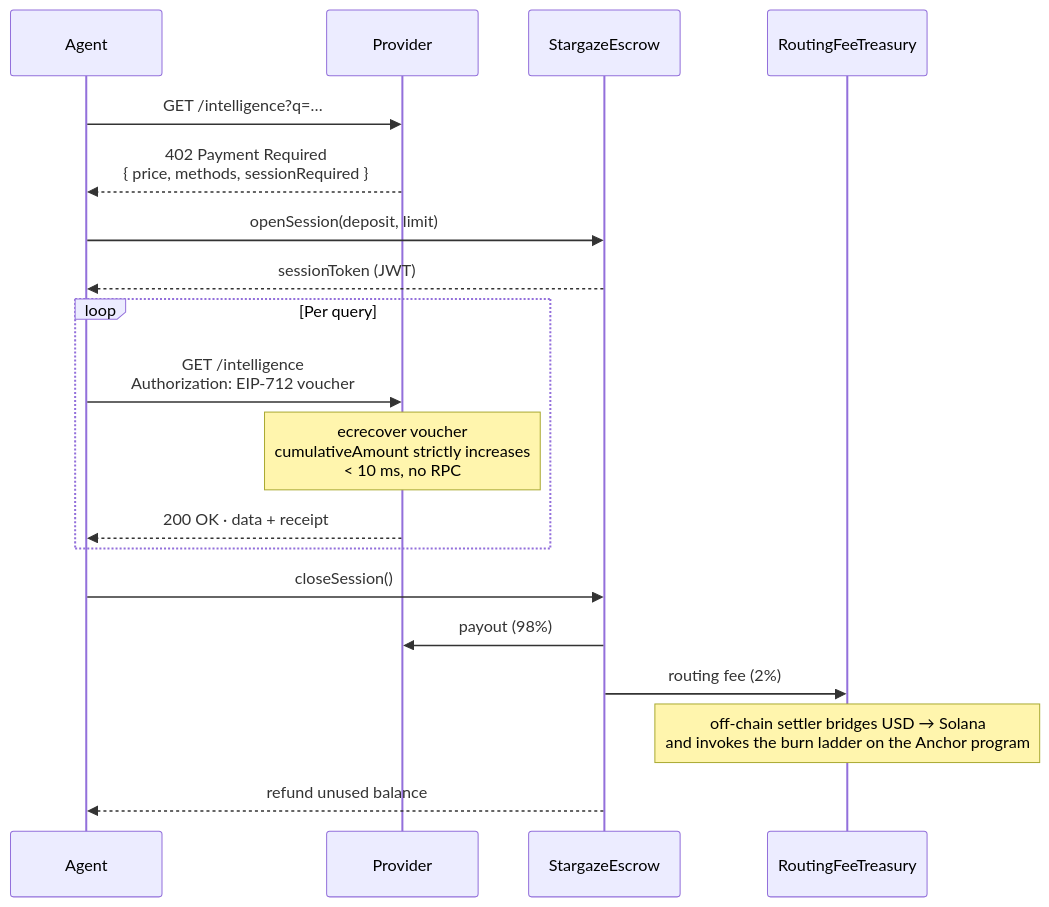
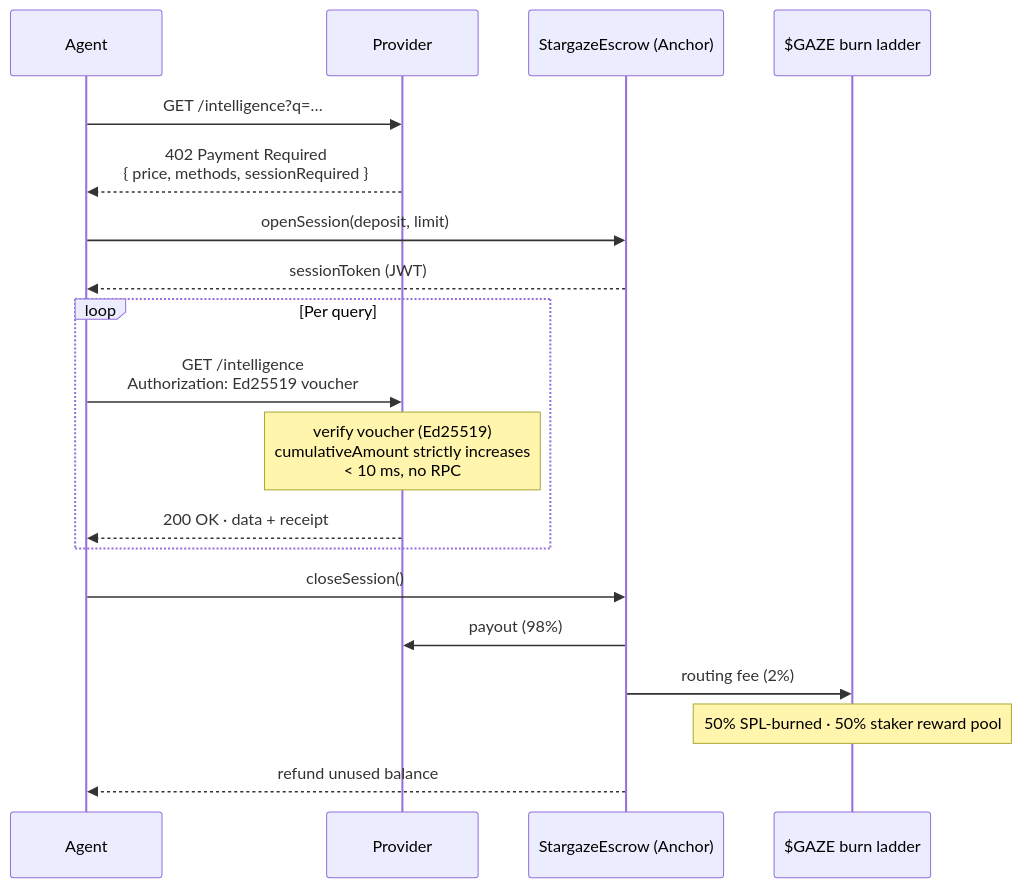
One commit to StargazeMPP/StargazeMPP changed the second of 2 diagrams in README.md. Above: the diagram before and after it, drawn with Mermaid. The commit also changed other lines of this file, not shown here.

Commit message:
docs: solana-only

````diff
--- a/README.md
+++ b/README.md
@@ -92,25 +87,25 @@
 ```mermaid
 sequenceDiagram
     participant Agent
     participant Provider
-    participant Escrow as StargazeEscrow
-    participant Treasury as RoutingFeeTreasury
+    participant Escrow as StargazeEscrow (Anchor)
+    participant Burn as $GAZE burn ladder
 
     Agent->>Provider: GET /intelligence?q=…
     Provider-->>Agent: 402 Payment Required<br/>{ price, methods, sessionRequired }
 
     Agent->>Escrow: openSession(deposit, limit)
     Escrow-->>Agent: sessionToken (JWT)
 
     loop Per query
-        Agent->>Provider: GET /intelligence<br/>Authorization: EIP-712 voucher
-        Note over Provider: ecrecover voucher<br/>cumulativeAmount strictly increases<br/>< 10 ms, no RPC
+        Agent->>Provider: GET /intelligence<br/>Authorization: Ed25519 voucher
+        Note over Provider: verify voucher (Ed25519)<br/>cumulativeAmount strictly increases<br/>< 10 ms, no RPC
         Provider-->>Agent: 200 OK · data + receipt
     end
 
     Agent->>Escrow: closeSession()
     Escrow->>Provider: payout (98%)
-    Escrow->>Treasury: routing fee (2%)
-    Note over Treasury: off-chain settler bridges USD → Solana<br/>and invokes the burn ladder on the Anchor program
+    Escrow->>Burn: routing fee (2%)
+    Note over Burn: 50% SPL-burned · 50% staker reward pool
     Escrow-->>Agent: refund unused balance
 ```
````
